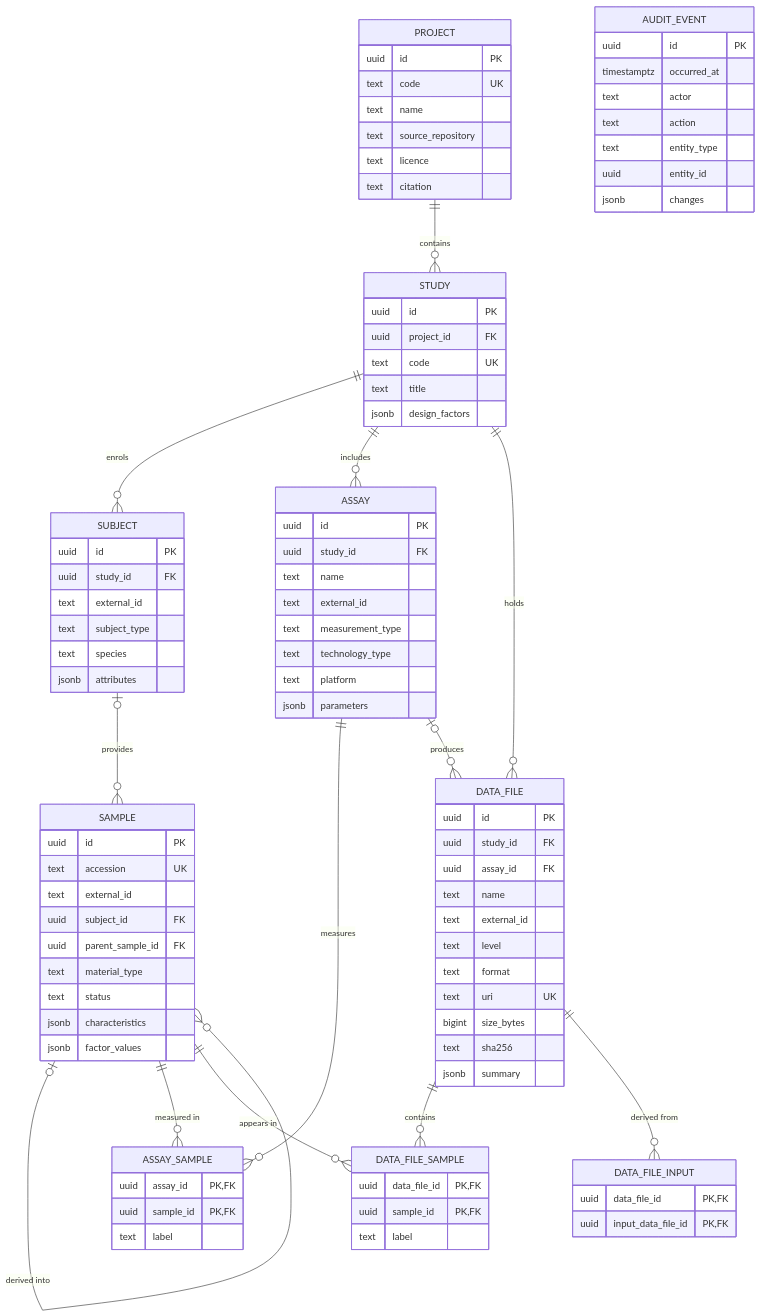
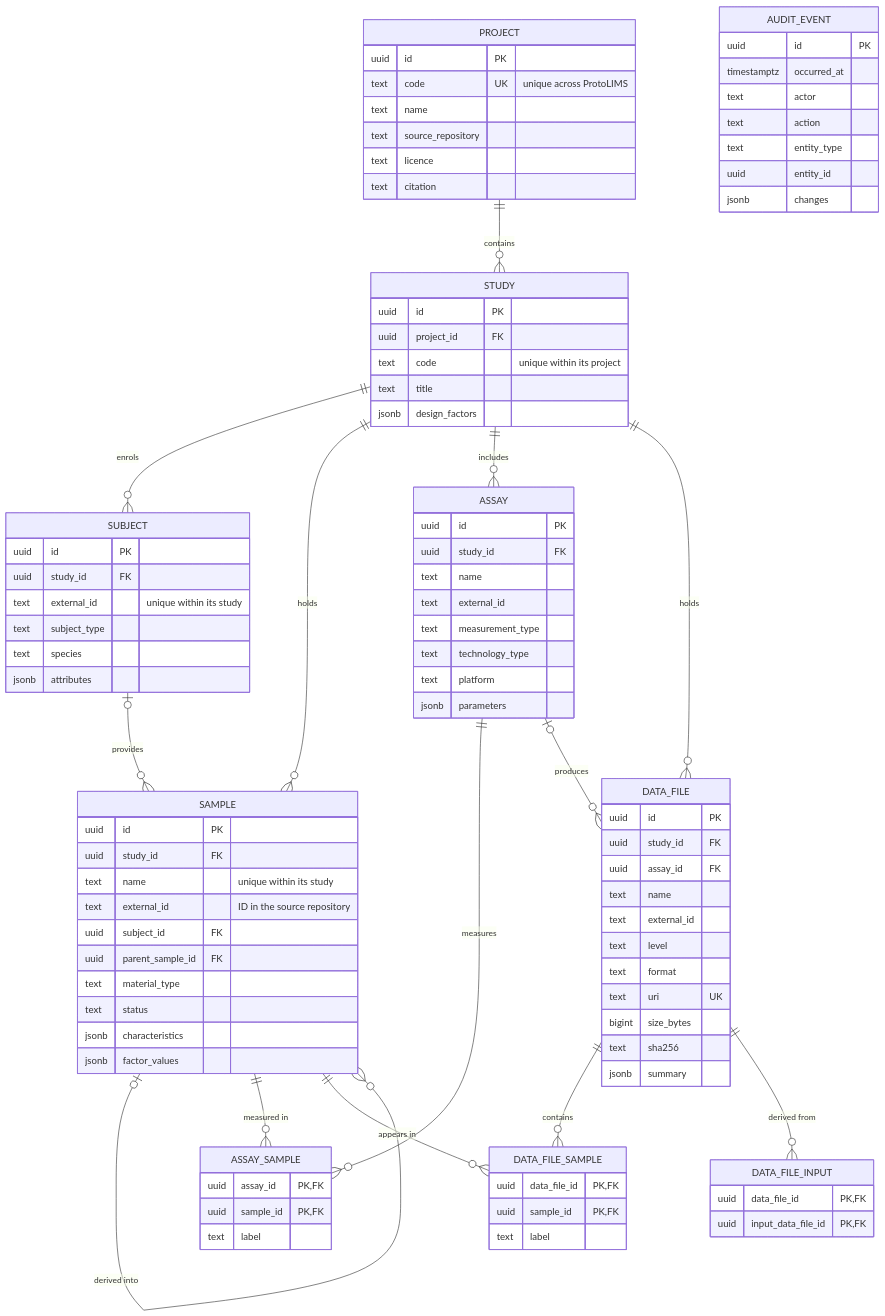
Before and after one commit to leehart3000/protolims: the diagram in docs/data-model.md, drawn with Mermaid. The commit also changed other lines of this file and 2 other files, not shown here.

Commit message:
docs: describe project-scoped codes and explicit cross-study links

```diff
--- a/docs/data-model.md
+++ b/docs/data-model.md
@@ -21,6 +21,7 @@
 erDiagram
     PROJECT ||--o{ STUDY : contains
     STUDY ||--o{ SUBJECT : enrols
+    STUDY ||--o{ SAMPLE : holds
     SUBJECT |o--o{ SAMPLE : provides
     SAMPLE |o--o{ SAMPLE : "derived into"
     STUDY ||--o{ ASSAY : includes
@@ -34,7 +35,7 @@
 
     PROJECT {
         uuid id PK
-        text code UK
+        text code UK "unique across ProtoLIMS"
         text name
         text source_repository
         text licence
@@ -43,22 +44,23 @@
     STUDY {
         uuid id PK
         uuid project_id FK
-        text code UK
+        text code "unique within its project"
         text title
         jsonb design_factors
     }
     SUBJECT {
         uuid id PK
         uuid study_id FK
-        text external_id
+        text external_id "unique within its study"
         text subject_type
         text species
         jsonb attributes
     }
     SAMPLE {
         uuid id PK
-        text accession UK
-        text external_id
+        uuid study_id FK
+        text name "unique within its study"
+        text external_id "ID in the source repository"
         uuid subject_id FK
         uuid parent_sample_id FK
         text material_type
```
